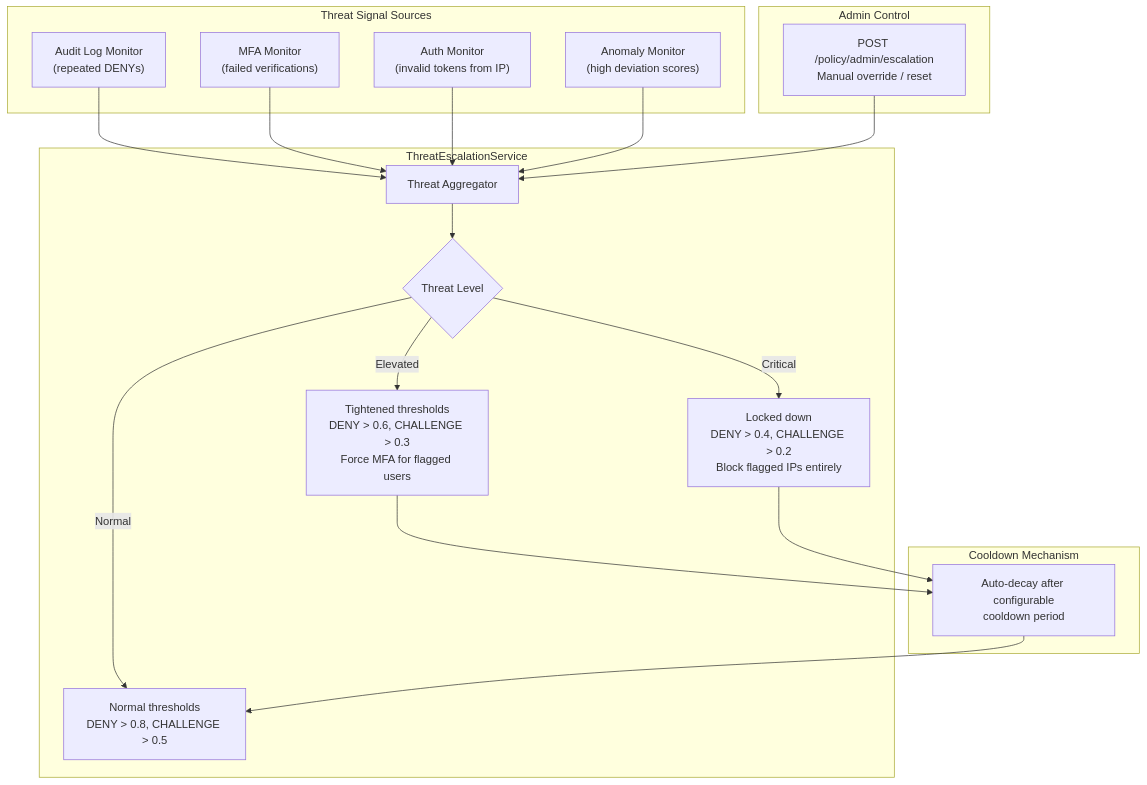
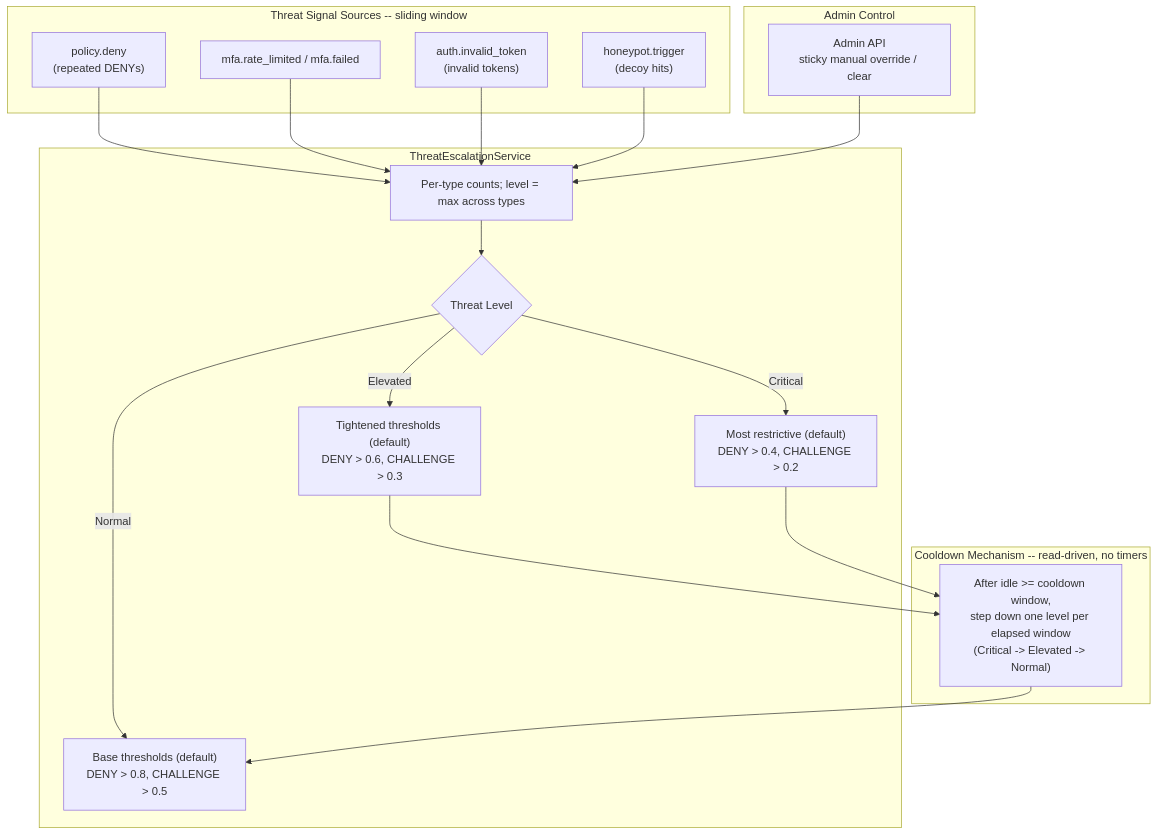
Diagram 11 of 12 in docs/HARDENING_ARCHITECTURE.md (spasoye-json/zt-access-gateway), drawn with Mermaid before and after one commit. The commit also changed other lines of this file and 4 other files, not shown here.

First line of the commit message:
docs: thesis pipeline walkthrough + sync architecture docs to current implementation (#49)

````diff
--- a/docs/HARDENING_ARCHITECTURE.md
+++ b/docs/HARDENING_ARCHITECTURE.md
@@ -504,31 +509,31 @@
 ```mermaid
 flowchart TD
-  subgraph signals [Threat Signal Sources]
-    S1["Audit Log Monitor\n(repeated DENYs)"]
-    S2["MFA Monitor\n(failed verifications)"]
-    S3["Auth Monitor\n(invalid tokens from IP)"]
-    S4["Anomaly Monitor\n(high deviation scores)"]
+  subgraph signals [Threat Signal Sources -- sliding window]
+    S1["policy.deny\n(repeated DENYs)"]
+    S2["mfa.rate_limited / mfa.failed"]
+    S3["auth.invalid_token\n(invalid tokens)"]
+    S4["honeypot.trigger\n(decoy hits)"]
   end
 
   subgraph escalation [ThreatEscalationService]
-    S1 --> TE[Threat Aggregator]
+    S1 --> TE[Per-type counts; level = max across types]
     S2 --> TE
     S3 --> TE
     S4 --> TE
     TE --> TL{Threat Level}
-    TL -->|Normal| NormalPolicy["Normal thresholds\nDENY > 0.8, CHALLENGE > 0.5"]
-    TL -->|Elevated| ElevatedPolicy["Tightened thresholds\nDENY > 0.6, CHALLENGE > 0.3\nForce MFA for flagged users"]
-    TL -->|Critical| CriticalPolicy["Locked down\nDENY > 0.4, CHALLENGE > 0.2\nBlock flagged IPs entirely"]
+    TL -->|Normal| NormalPolicy["Base thresholds (default)\nDENY > 0.8, CHALLENGE > 0.5"]
+    TL -->|Elevated| ElevatedPolicy["Tightened thresholds (default)\nDENY > 0.6, CHALLENGE > 0.3"]
+    TL -->|Critical| CriticalPolicy["Most restrictive (default)\nDENY > 0.4, CHALLENGE > 0.2"]
   end
 
-  subgraph cooldown [Cooldown Mechanism]
-    ElevatedPolicy --> CD["Auto-decay after configurable\ncooldown period"]
+  subgraph cooldown [Cooldown Mechanism -- read-driven, no timers]
+    ElevatedPolicy --> CD["After idle >= cooldown window,\nstep down one level per elapsed window\n(Critical -> Elevated -> Normal)"]
     CriticalPolicy --> CD
     CD --> NormalPolicy
   end
 
   subgraph override [Admin Control]
-    AdminAPI["POST /policy/admin/escalation\nManual override / reset"]
+    AdminAPI["Admin API\nsticky manual override / clear"]
     AdminAPI --> TE
   end
 ```
````
